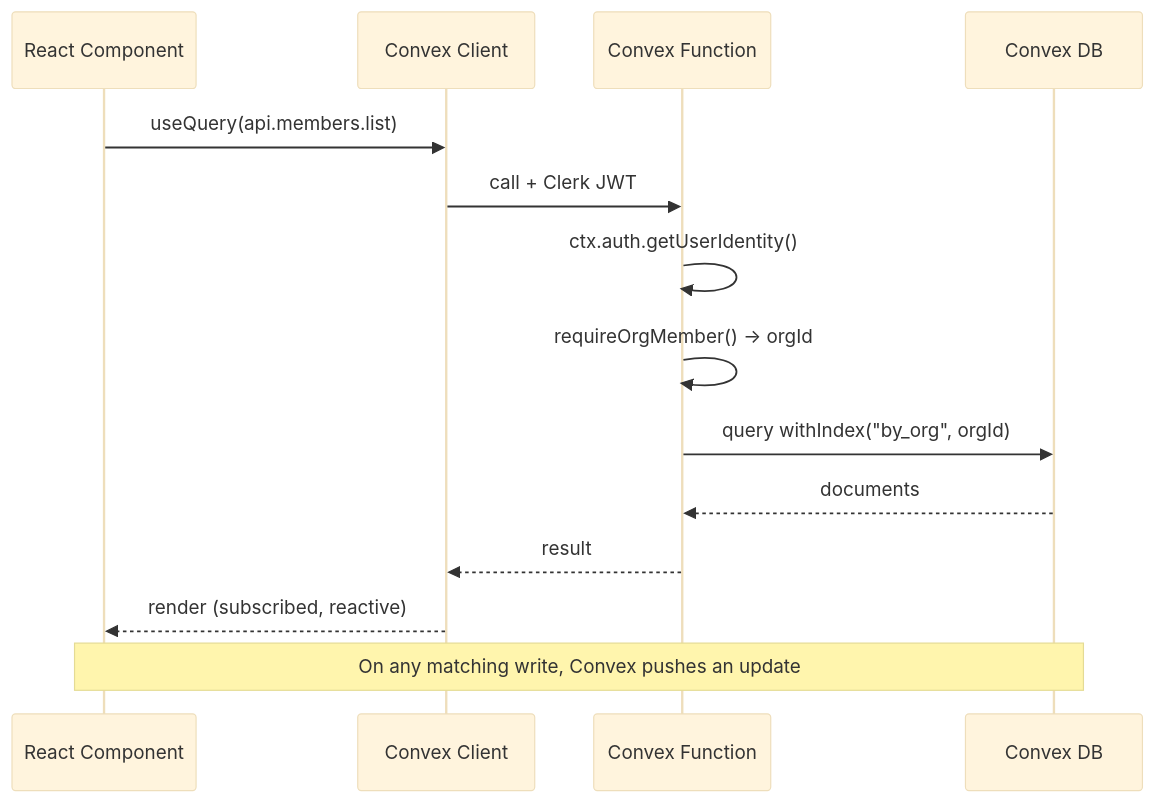
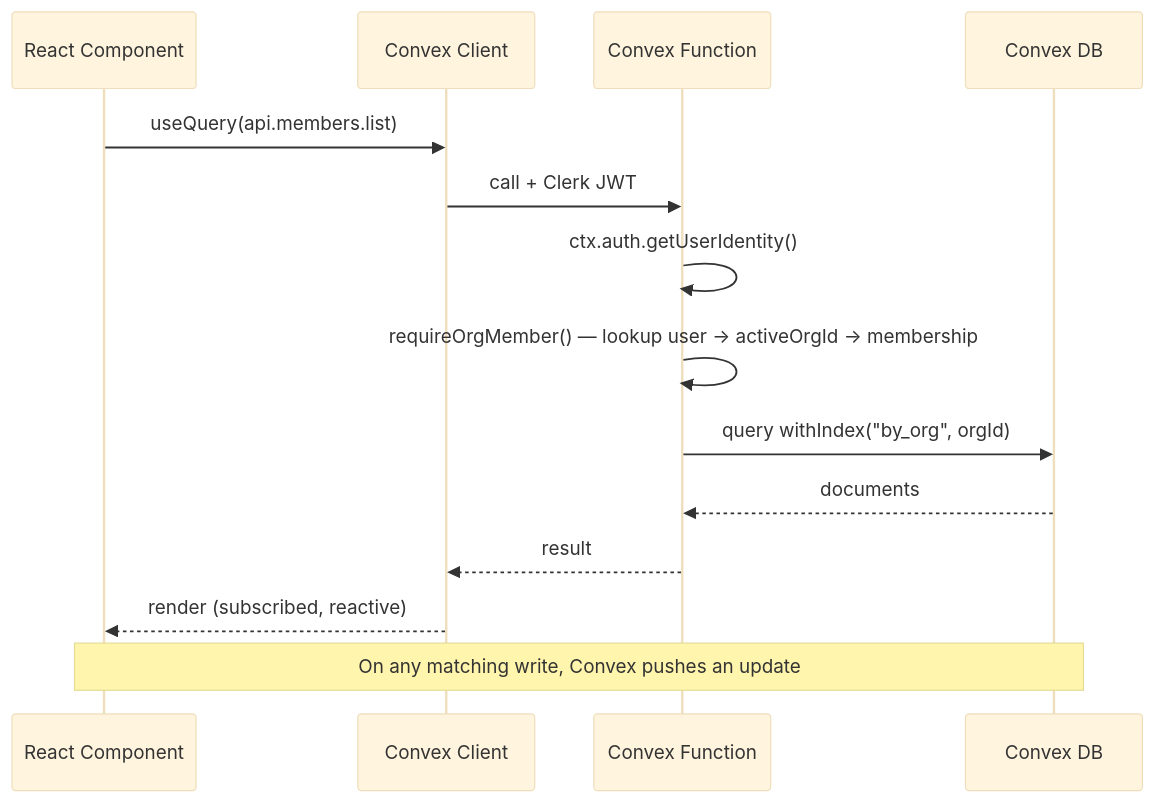
One commit to yumaitau/GatherHub changed the second of 4 diagrams in docs/architecture.md. Above: the diagram before and after it, drawn with Mermaid (base theme). The commit also changed other lines of this file and 48 other files, not shown here.

````diff
--- a/docs/architecture.md
+++ b/docs/architecture.md
@@ -82,17 +82,17 @@
 ```mermaid
 sequenceDiagram
     participant R as React Component
     participant CX as Convex Client
     participant CV as Convex Function
     participant DB as Convex DB
 
     R->>CX: useQuery(api.members.list)
     CX->>CV: call + Clerk JWT
     CV->>CV: ctx.auth.getUserIdentity()
-    CV->>CV: requireOrgMember() -> orgId
+    CV->>CV: requireOrgMember() — lookup user → activeOrgId → membership
     CV->>DB: query withIndex("by_org", orgId)
     DB-->>CV: documents
     CV-->>CX: result
     CX-->>R: render (subscribed, reactive)
     Note over DB,R: On any matching write, Convex pushes an update
 ```
````
